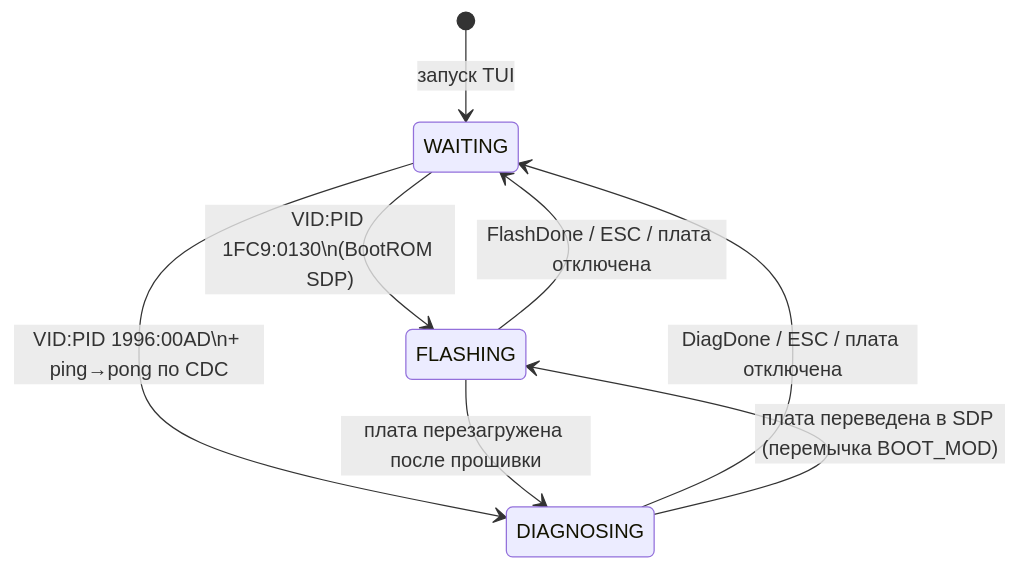
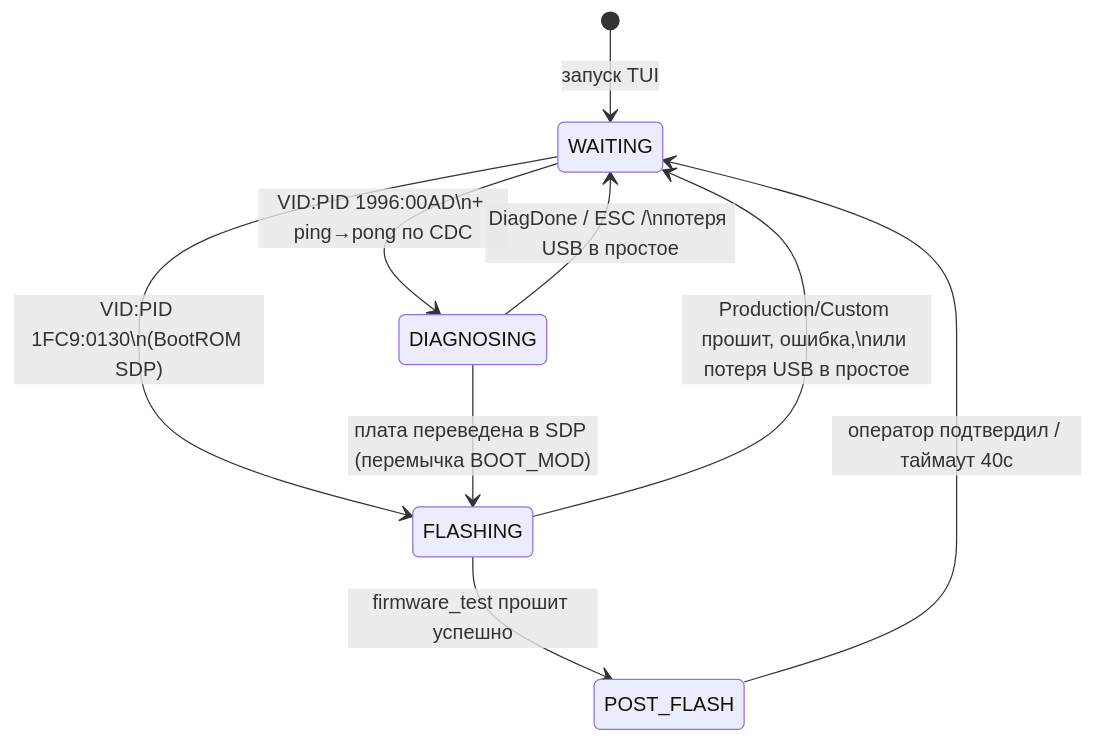
The second of 5 diagrams in tools/production/README.md (OSabuser/tft_manufacture_test), drawn with Mermaid before and after one commit. The commit also changed other lines of this file and 2 other files, not shown here.

Commit message:
# firmware_test: TUI app m5_client fixed

````diff
--- a/tools/production/README.md
+++ b/tools/production/README.md
@@ -80,13 +84,15 @@
 ```mermaid
 stateDiagram-v2
     [*] --> WAITING : запуск TUI
 
     WAITING --> FLASHING   : VID:PID 1FC9:0130\n(BootROM SDP)
     WAITING --> DIAGNOSING : VID:PID 1996:00AD\n+ ping→pong по CDC
 
-    FLASHING --> WAITING   : FlashDone / ESC / плата отключена
-    FLASHING --> DIAGNOSING: плата перезагружена после прошивки
+    FLASHING --> POST_FLASH : firmware_test прошит успешно
+    FLASHING --> WAITING    : Production/Custom прошит, ошибка,\nили потеря USB в простое
 
-    DIAGNOSING --> WAITING : DiagDone / ESC / плата отключена
+    POST_FLASH --> WAITING : оператор подтвердил / таймаут 40с
+
+    DIAGNOSING --> WAITING : DiagDone / ESC /\nпотеря USB в простое
     DIAGNOSING --> FLASHING: плата переведена в SDP (перемычка BOOT_MOD)
 ```
````
